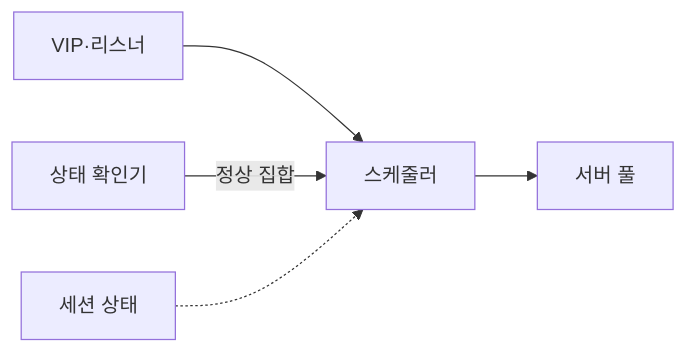
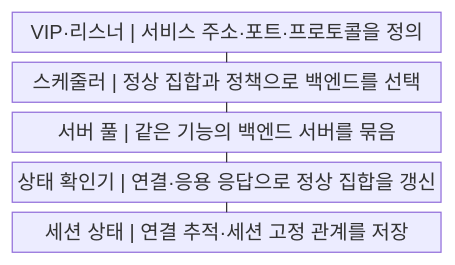
One commit to agnusdei1207/knowledge-base changed the first of 2 diagrams in src/content/docs/notes/04-network/019_load_balancer_l4_l7.md. Above: the diagram before and after it, drawn with Mermaid. The commit also changed other lines of this file and 20 other files, not shown here.

````diff
--- a/src/content/docs/notes/04-network/019_load_balancer_l4_l7.md
+++ b/src/content/docs/notes/04-network/019_load_balancer_l4_l7.md
@@ -61,7 +62,13 @@
 ```mermaid
-flowchart LR
-    V["VIP·리스너"] --> S["스케줄러"]
-    S --> P["서버 풀"]
-    H["상태 확인기"] -->|정상 집합| S
-    M["세션 상태"] -.-> S
+block
+    columns 1
+    A["VIP·리스너 | 서비스 주소·포트·프로토콜을 정의"]
+    B["스케줄러 | 정상 집합과 정책으로 백엔드를 선택"]
+    C["서버 풀 | 같은 기능의 백엔드 서버를 묶음"]
+    D["상태 확인기 | 연결·응용 응답으로 정상 집합을 갱신"]
+    E["세션 상태 | 연결 추적·세션 고정 관계를 저장"]
+    A --- B
+    B --- C
+    C --- D
+    D --- E
 ```
````
